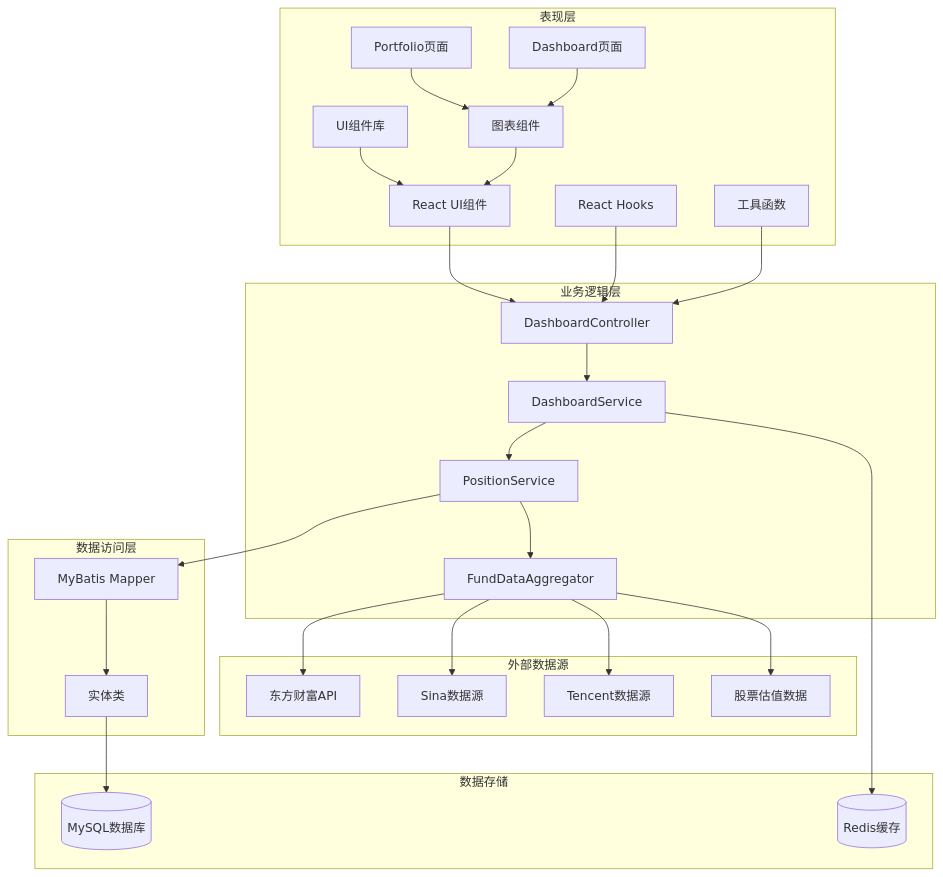
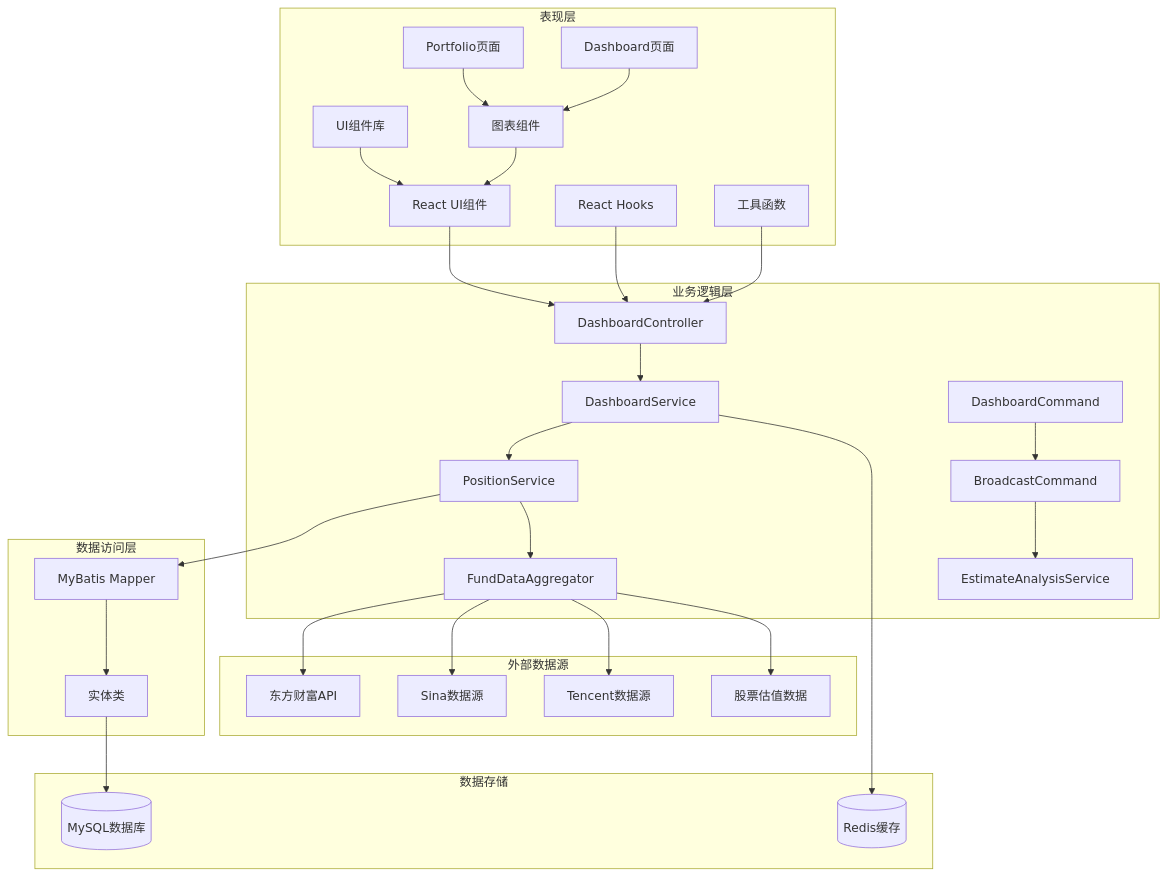
The second of 10 diagrams in .qoder/repowiki/zh/content/Dashboard Enhancement.md (gree-coder/fund-butler), drawn with Mermaid before and after one commit. The commit also changed other lines of this file and 13 other files, not shown here.

````diff
--- a/.qoder/repowiki/zh/content/Dashboard Enhancement.md
+++ b/.qoder/repowiki/zh/content/Dashboard Enhancement.md
@@ -151,50 +166,55 @@
 ```mermaid
 graph TB
 subgraph "表现层"
 UI[React UI组件]
 Hooks[React Hooks]
 Utils[工具函数]
 Components[UI组件库]
 Chart[图表组件]
 Portfolio[Portfolio页面]
 Dashboard[Dashboard页面]
 end
 subgraph "业务逻辑层"
 Controller[DashboardController]
 Service[DashboardService]
 PositionService[PositionService]
 FundDataAggregator[FundDataAggregator]
+Command[DashboardCommand]
+Broadcast[BroadcastCommand]
+EstimateAnalysis[EstimateAnalysisService]
 end
 subgraph "数据访问层"
 Mapper[MyBatis Mapper]
 Entity[实体类]
 end
 subgraph "数据存储"
 DB[(MySQL数据库)]
 Cache[(Redis缓存)]
 end
 subgraph "外部数据源"
 EastMoney[东方财富API]
 Sina[Sina数据源]
 Tencent[Tencent数据源]
 StockEstimate[股票估值数据]
 end
 UI --> Controller
 Hooks --> Controller
 Utils --> Controller
 Controller --> Service
 Service --> PositionService
 PositionService --> Mapper
 Mapper --> Entity
 Entity --> DB
 Service --> Cache
 PositionService --> FundDataAggregator
 FundDataAggregator --> EastMoney
 FundDataAggregator --> Sina
 FundDataAggregator --> Tencent
 FundDataAggregator --> StockEstimate
 Chart --> UI
 Components --> UI
 Portfolio --> Chart
 Dashboard --> Chart
+Command --> Broadcast
+Broadcast --> EstimateAnalysis
 ```
````
